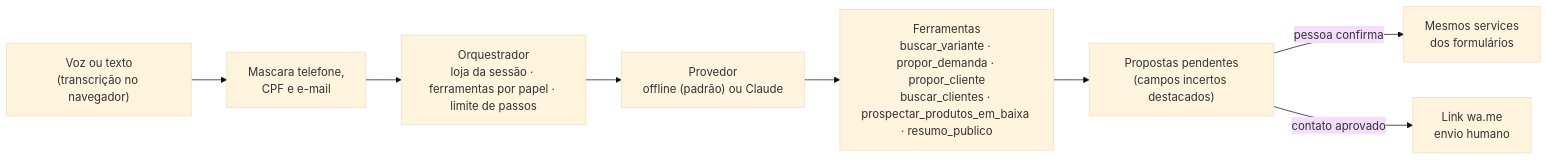
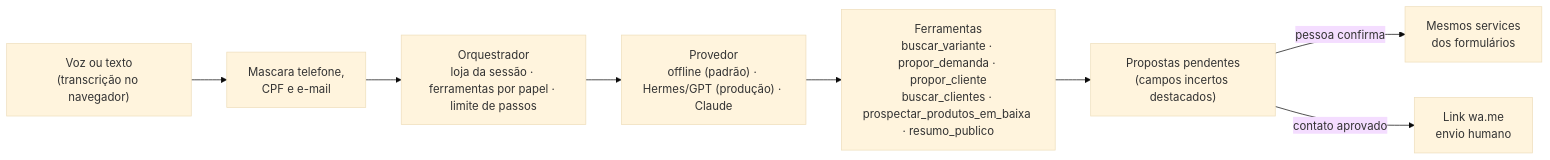
Before and after one commit to GabrielGGC18/MidiaComercial: the first of 2 diagrams in README.md, drawn with Mermaid (base theme). The commit also changed other lines of this file and 4 other files, not shown here.

````diff
--- a/README.md
+++ b/README.md
@@ -140,10 +140,10 @@
 ```mermaid
 flowchart LR
     V["Voz ou texto<br/>(transcrição no navegador)"] --> M["Mascara telefone,<br/>CPF e e-mail"]
     M --> O["Orquestrador<br/>loja da sessão · ferramentas por papel · limite de passos"]
-    O --> P["Provedor<br/>offline (padrão) ou Claude"]
+    O --> P["Provedor<br/>offline (padrão) · Hermes/GPT (produção) · Claude"]
     P --> F["Ferramentas<br/>buscar_variante · propor_demanda · propor_cliente<br/>buscar_clientes · prospectar_produtos_em_baixa · resumo_publico"]
     F --> PR["Propostas pendentes<br/>(campos incertos destacados)"]
     PR -->|"pessoa confirma"| S["Mesmos services<br/>dos formulários"]
     PR -->|"contato aprovado"| W["Link wa.me<br/>envio humano"]
 ```
````
